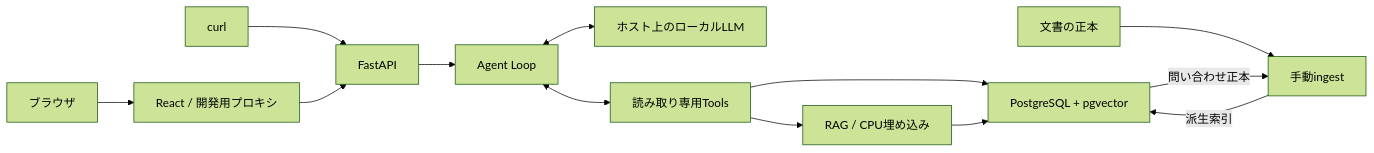
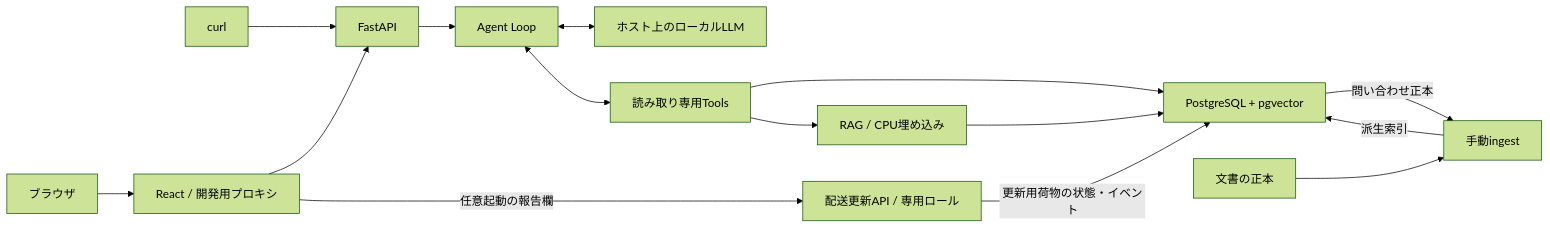
The diagram in README.md (philippos2/logi-scope), drawn with Mermaid (forest theme) before and after one commit. The commit also changed other lines of this file and 8 other files, not shown here.

````diff
--- a/README.md
+++ b/README.md
@@ -28,15 +28,17 @@
 ```mermaid
 flowchart LR
     Curl[curl] --> API[FastAPI]
     Browser[ブラウザ] --> Frontend[React / 開発用プロキシ]
     Frontend --> API
+    Frontend -->|任意起動の報告欄| Updates[配送更新API / 専用ロール]
+    Updates -->|更新用荷物の状態・イベント| DB
     API --> Loop[Agent Loop]
     Loop <--> LLM[ホスト上のローカルLLM]
     Loop <--> Tools[読み取り専用Tools]
     Tools --> DB[PostgreSQL + pgvector]
     Tools --> RAG[RAG / CPU埋め込み]
     RAG --> DB
     Docs[文書の正本] --> Ingest[手動ingest]
     DB -->|問い合わせ正本| Ingest
     Ingest -->|派生索引| DB
 ```
````
